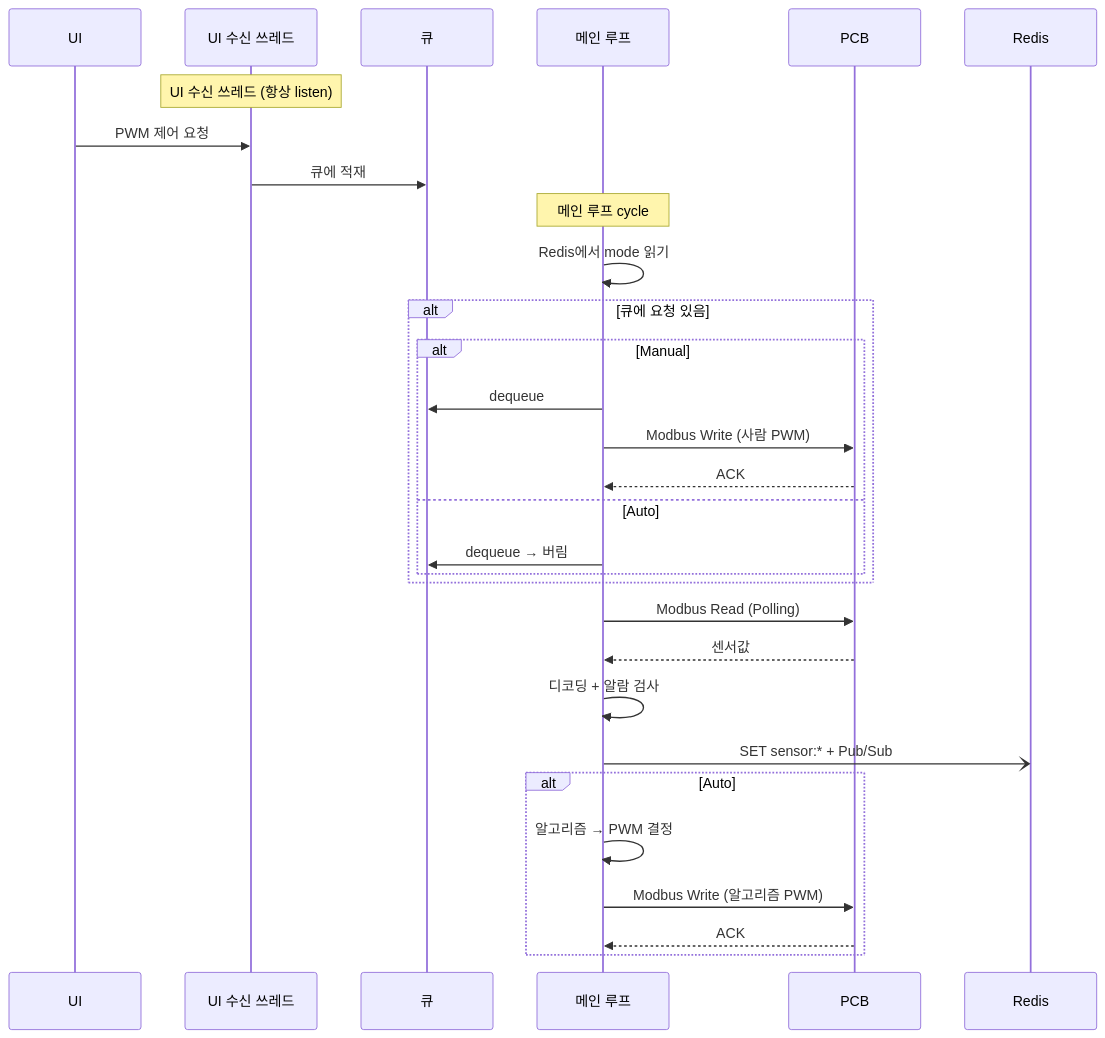
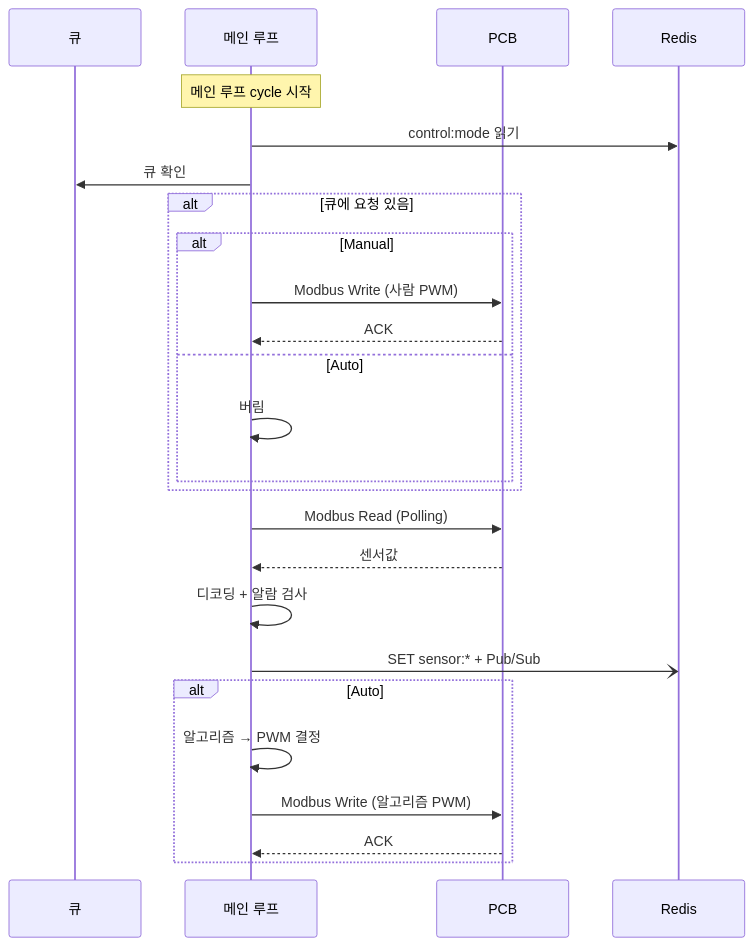
Before and after one commit to DEEPGadget/L2A_CDU_system: the diagram in docs/MCG.md, drawn with Mermaid. The commit also changed other lines of this file, not shown here.

Commit message:
mcg 설계 추가

````diff
--- a/docs/MCG.md
+++ b/docs/MCG.md
@@ -120,37 +120,31 @@
 ```mermaid
 sequenceDiagram
-    participant UI as UI
-    participant Listen as UI 수신 쓰레드
     participant Queue as 큐
     participant Main as 메인 루프
     participant PCB as PCB
     participant Redis as Redis
 
-    Note over Listen: UI 수신 쓰레드 (항상 listen)
-    UI->>Listen: PWM 제어 요청
-    Listen->>Queue: 큐에 적재
+    Note over Main: 메인 루프 cycle 시작
+    Main->>Redis: control:mode 읽기
 
-    Note over Main: 메인 루프 cycle
-    Main->>Main: Redis에서 mode 읽기
-
+    Main->>Queue: 큐 확인
     alt 큐에 요청 있음
         alt Manual
-            Main->>Queue: dequeue
             Main->>PCB: Modbus Write (사람 PWM)
             PCB-->>Main: ACK
         else Auto
-            Main->>Queue: dequeue → 버림
+            Main->>Main: 버림
         end
     end
 
     Main->>PCB: Modbus Read (Polling)
     PCB-->>Main: 센서값
     Main->>Main: 디코딩 + 알람 검사
     Main-)Redis: SET sensor:* + Pub/Sub
 
     alt Auto
         Main->>Main: 알고리즘 → PWM 결정
         Main->>PCB: Modbus Write (알고리즘 PWM)
         PCB-->>Main: ACK
     end
 ```
````
